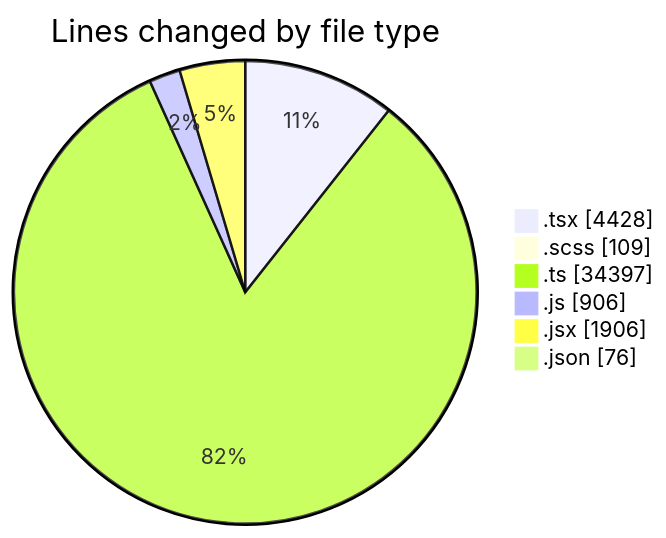
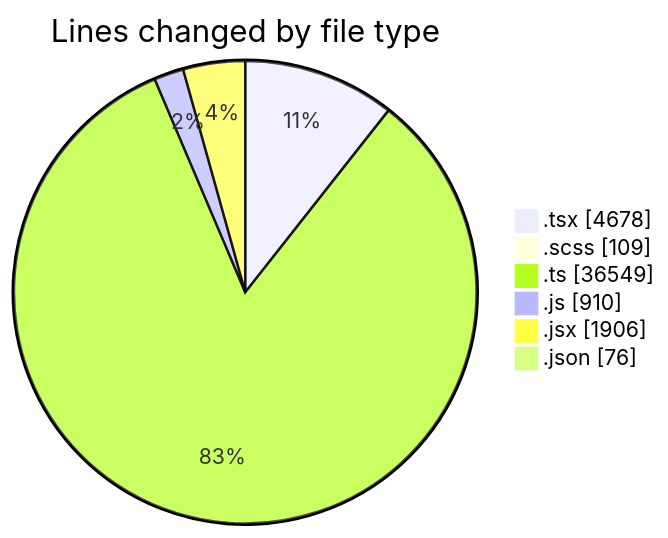
One commit to momahboobian/code-tracking changed the first of 2 diagrams in 2026-09-10/cda/README.md. Above: the diagram before and after it, drawn with Mermaid. The commit also changed other lines of this file and 1 other file, not shown here.

````diff
--- a/2026-09-10/cda/README.md
+++ b/2026-09-10/cda/README.md
@@ -75,10 +77,10 @@
 ```mermaid
 pie showData
 title Lines changed by file type
-".tsx" : 4428
+".tsx" : 4678
 ".scss" : 109
-".ts" : 34397
-".js" : 906
+".ts" : 36549
+".js" : 910
 ".jsx" : 1906
 ".json" : 76
 ```
````
